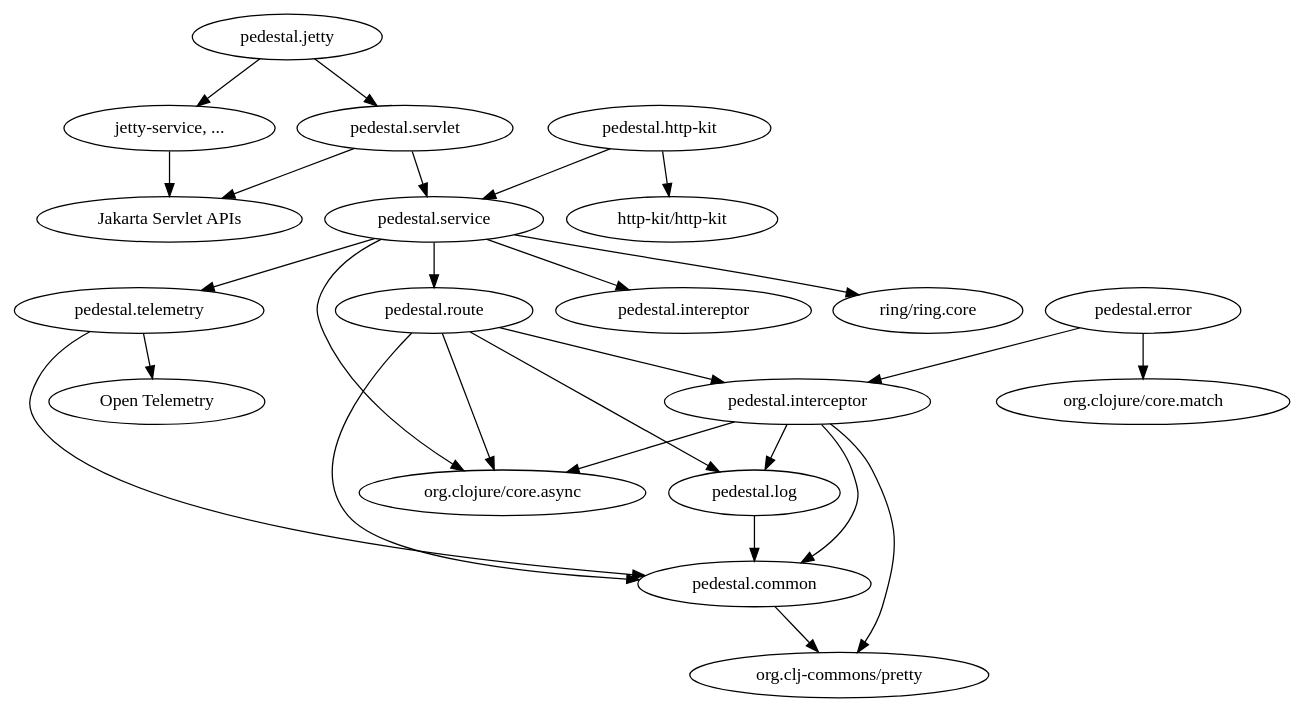
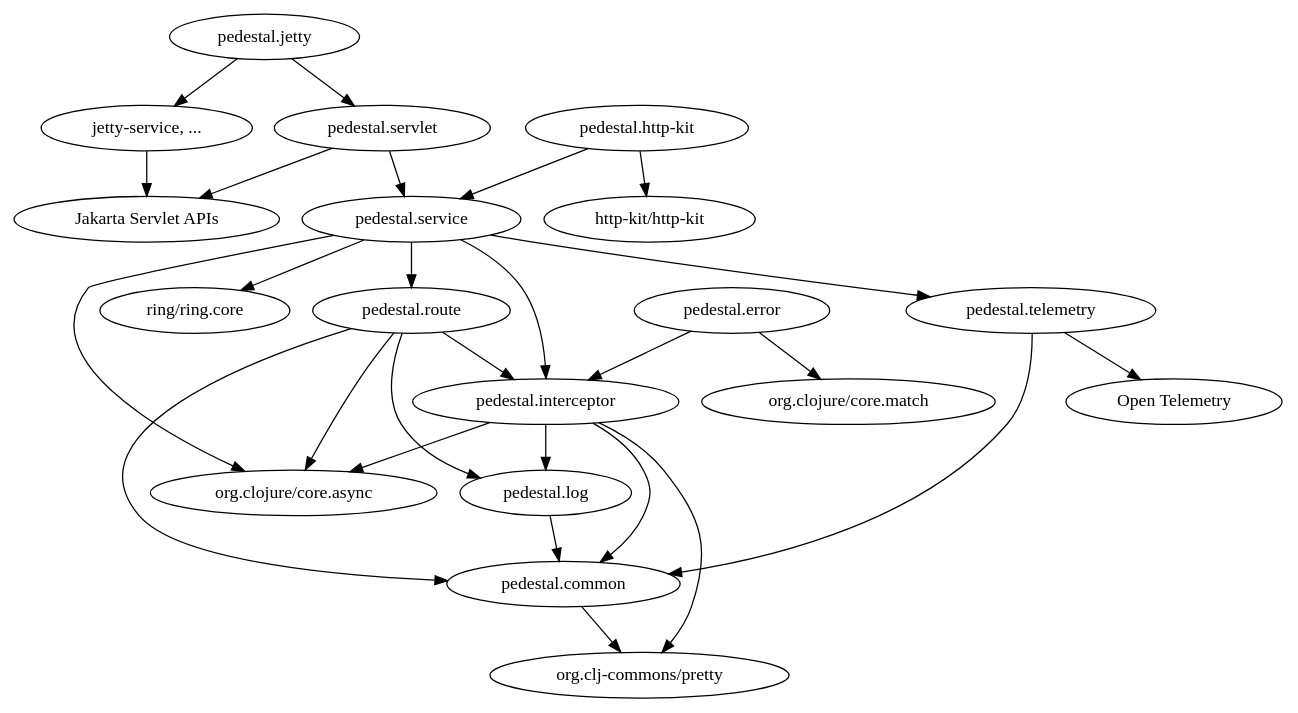
Before and after one commit to pedestal/pedestal: the diagram in docs/modules/reference/pages/libraries.adoc, drawn with Graphviz. The commit also changed other lines of this file and 27 other files, not shown here.

```diff
--- a/docs/modules/reference/pages/libraries.adoc
+++ b/docs/modules/reference/pages/libraries.adoc
@@ -5,18 +5,18 @@
 [graphviz]
 ----
 digraph G {
   "pedestal.common" ->  "org.clj-commons/pretty";
   "pedestal.telemetry" -> "pedestal.common";
   "pedestal.log" -> "pedestal.common";
   "pedestal.telemetry" -> "Open Telemetry";
   "pedestal.interceptor" -> "pedestal.common", "pedestal.log", "org.clojure/core.async", "org.clj-commons/pretty";
   "pedestal.error" -> "pedestal.interceptor", "org.clojure/core.match";
   "pedestal.route" -> "pedestal.log", "pedestal.interceptor", "pedestal.common", "org.clojure/core.async";
 
-  "pedestal.service" -> "pedestal.telemetry", "pedestal.intereptor", "pedestal.route", "org.clojure/core.async", "ring/ring.core";
+  "pedestal.service" -> "pedestal.telemetry", "pedestal.interceptor", "pedestal.route", "org.clojure/core.async", "ring/ring.core";
     "pedestal.servlet" -> "pedestal.service", "Jakarta Servlet APIs";
     "pedestal.jetty" -> "pedestal.servlet", "jetty-service, ...";
     "jetty-service, ..." -> "Jakarta Servlet APIs";
     "pedestal.http-kit" -> "pedestal.service", "http-kit/http-kit";
 }
 ----
```
